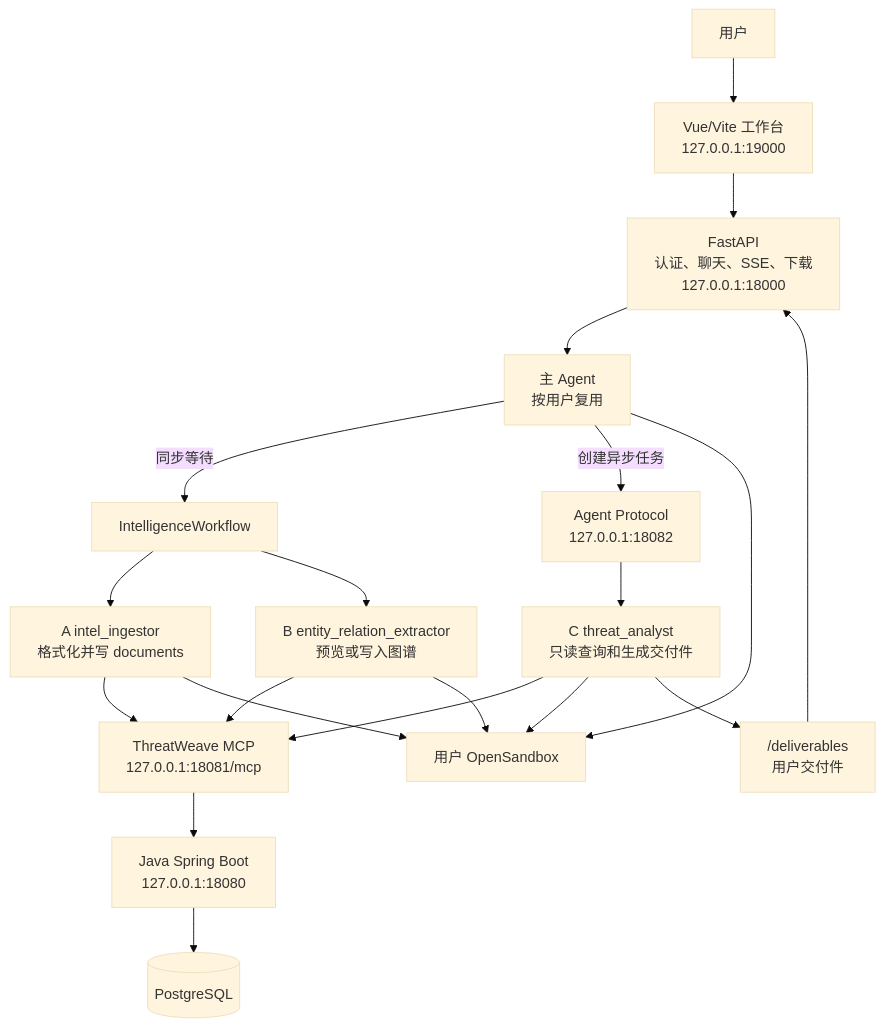
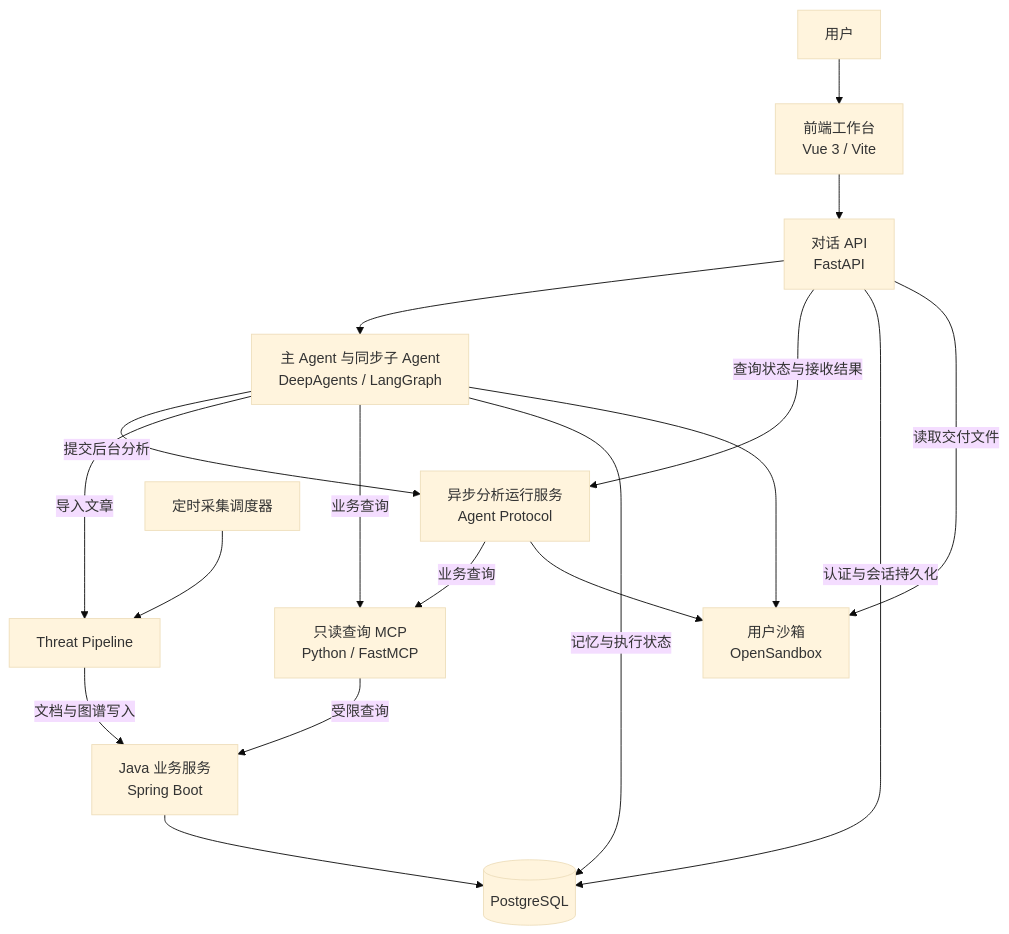
One commit to greenC2h/ThreatWeave changed the first of 33 diagrams in doc/PROJECT_DOCUMENTATION.md. Above: the diagram before and after it, drawn with Mermaid (base theme). The commit also changed other lines of this file and 9 other files, not shown here.

Commit message:
update threat intelligence workflow

````diff
--- a/doc/PROJECT_DOCUMENTATION.md
+++ b/doc/PROJECT_DOCUMENTATION.md
@@ -64,26 +41,20 @@
 ```mermaid
 flowchart TB
-    USER["用户"] --> WEB["Vue/Vite 工作台<br/>127.0.0.1:19000"]
-    WEB --> API["FastAPI<br/>认证、聊天、SSE、下载<br/>127.0.0.1:18000"]
-    API --> MAIN["主 Agent<br/>按用户复用"]
-
-    MAIN -->|"同步等待"| WF["IntelligenceWorkflow"]
-    WF --> A["A intel_ingestor<br/>格式化并写 documents"]
-    WF --> B["B entity_relation_extractor<br/>预览或写入图谱"]
-
-    MAIN -->|"创建异步任务"| PROTOCOL["Agent Protocol<br/>127.0.0.1:18082"]
-    PROTOCOL --> C["C threat_analyst<br/>只读查询和生成交付件"]
-
-    A --> MCP["ThreatWeave MCP<br/>127.0.0.1:18081/mcp"]
-    B --> MCP
-    C --> MCP
-    MCP --> JAVA["Java Spring Boot<br/>127.0.0.1:18080"]
+    USER["用户"] --> WEB["前端工作台<br/>Vue 3 / Vite"]
+    WEB --> API["对话 API<br/>FastAPI"]
+    API --> AGENT["主 Agent 与同步子 Agent<br/>DeepAgents / LangGraph"]
+    AGENT -->|提交后台分析| ASYNC["异步分析运行服务<br/>Agent Protocol"]
+    API -->|查询状态与接收结果| ASYNC
+    AGENT -->|导入文章| PIPE["Threat Pipeline"]
+    SCHED["定时采集调度器"] --> PIPE
+    AGENT -->|业务查询| MCP["只读查询 MCP<br/>Python / FastMCP"]
+    ASYNC -->|业务查询| MCP
+    MCP -->|受限查询| JAVA["Java 业务服务<br/>Spring Boot"]
+    PIPE -->|文档与图谱写入| JAVA
     JAVA --> DB[("PostgreSQL")]
-
-    MAIN --> SB["用户 OpenSandbox"]
-    A --> SB
-    B --> SB
-    C --> SB
-    C --> DELIVER["/deliverables<br/>用户交付件"]
-    DELIVER --> API
+    API -->|认证与会话持久化| DB
+    AGENT -->|记忆与执行状态| DB
+    AGENT --> SB["用户沙箱<br/>OpenSandbox"]
+    ASYNC --> SB
+    API -->|读取交付文件| SB
 ```
````
